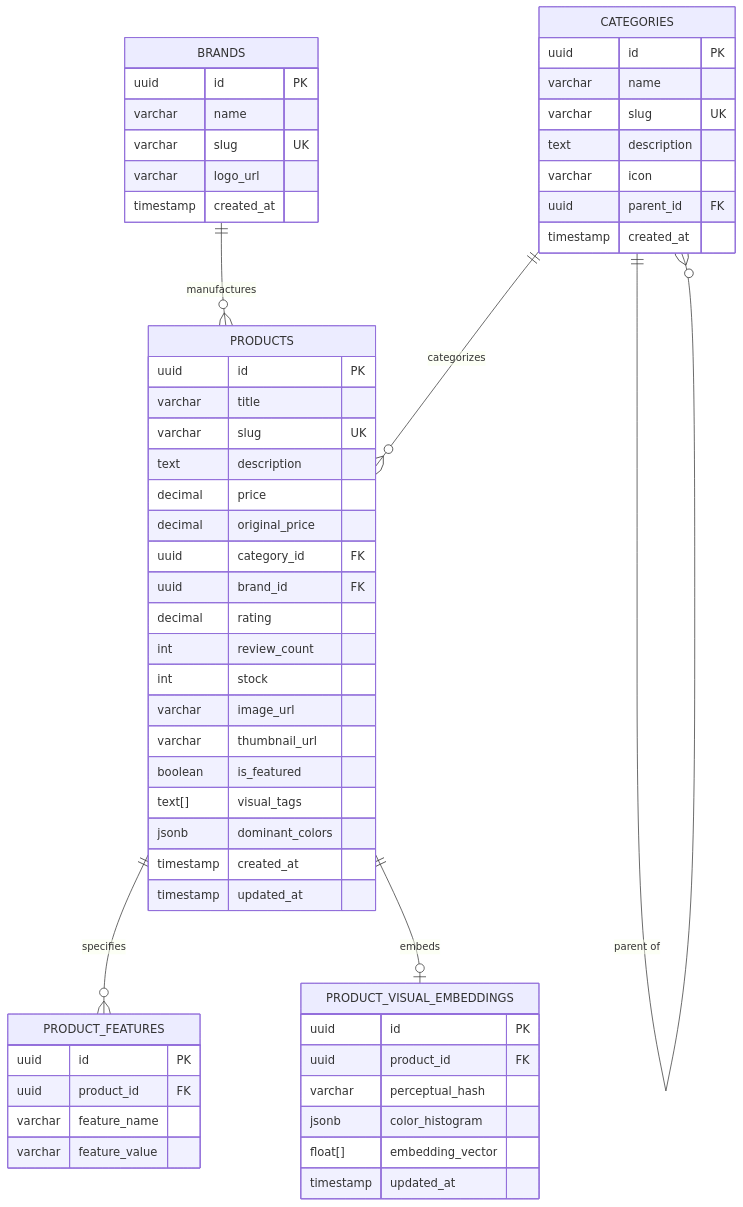
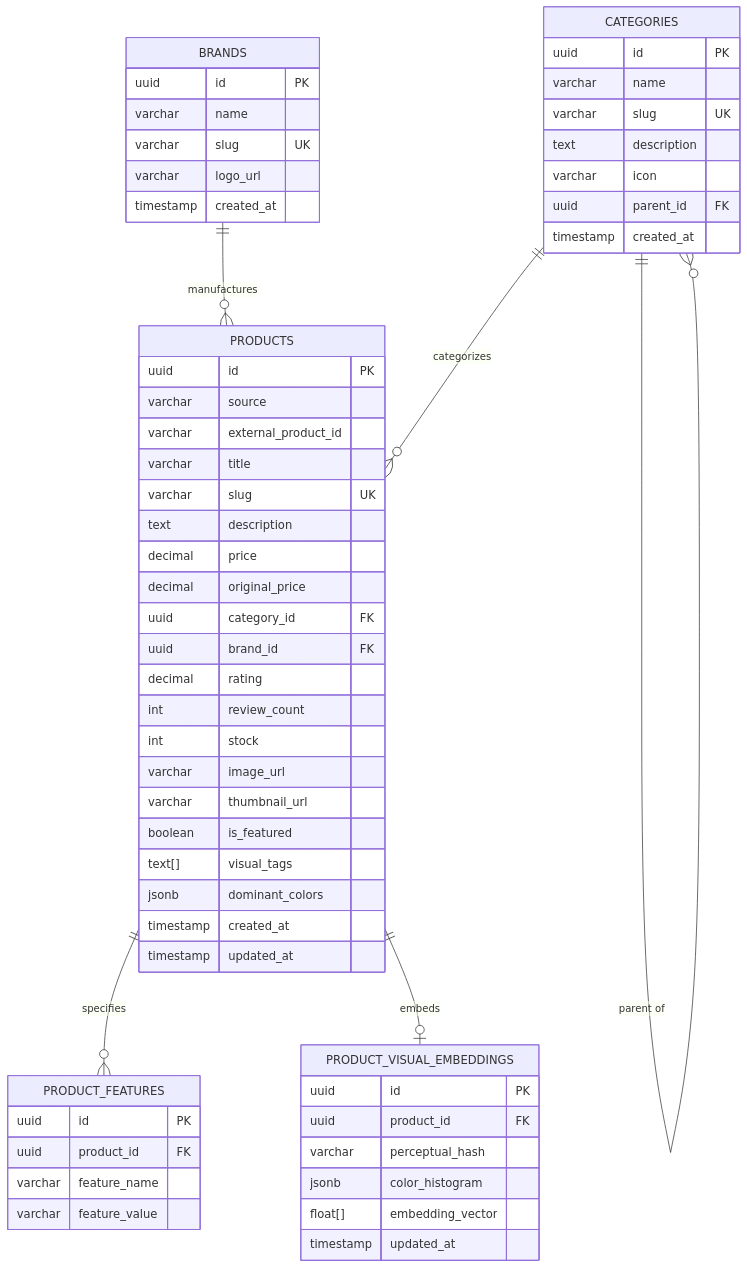
One commit to Ajaykumarnachimuthu/ViewSimilarImages changed the diagram in project-intelligence/DATABASE.md. Above: the diagram before and after it, drawn with Mermaid. The commit also changed 10 other files, not shown here.

Commit message:
fix(security): enforce strict read-only RLS, add external product identity, and audit external provider provenance

````diff
--- a/project-intelligence/DATABASE.md
+++ b/project-intelligence/DATABASE.md
@@ -15,63 +15,65 @@
 ```mermaid
 erDiagram
     CATEGORIES ||--o{ PRODUCTS : categorizes
     CATEGORIES ||--o{ CATEGORIES : "parent of"
     BRANDS ||--o{ PRODUCTS : manufactures
     PRODUCTS ||--o{ PRODUCT_FEATURES : specifies
     PRODUCTS ||--o| PRODUCT_VISUAL_EMBEDDINGS : embeds
 
     CATEGORIES {
         uuid id PK
         varchar name
         varchar slug UK
         text description
         varchar icon
         uuid parent_id FK
         timestamp created_at
     }
 
     BRANDS {
         uuid id PK
         varchar name
         varchar slug UK
         varchar logo_url
         timestamp created_at
     }
 
     PRODUCTS {
         uuid id PK
+        varchar source
+        varchar external_product_id
         varchar title
         varchar slug UK
         text description
         decimal price
         decimal original_price
         uuid category_id FK
         uuid brand_id FK
         decimal rating
         int review_count
         int stock
         varchar image_url
         varchar thumbnail_url
         boolean is_featured
         text[] visual_tags
         jsonb dominant_colors
         timestamp created_at
         timestamp updated_at
     }
 
     PRODUCT_FEATURES {
         uuid id PK
         uuid product_id FK
         varchar feature_name
         varchar feature_value
     }
 
     PRODUCT_VISUAL_EMBEDDINGS {
         uuid id PK
         uuid product_id FK
         varchar perceptual_hash
         jsonb color_histogram
         float[] embedding_vector
         timestamp updated_at
     }
 ```
````
